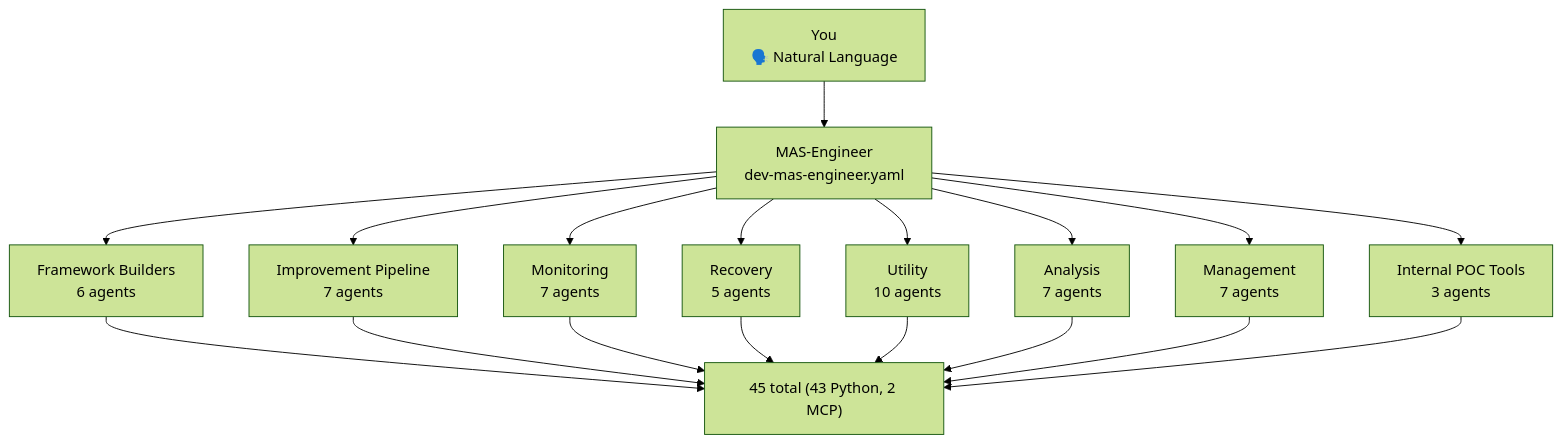
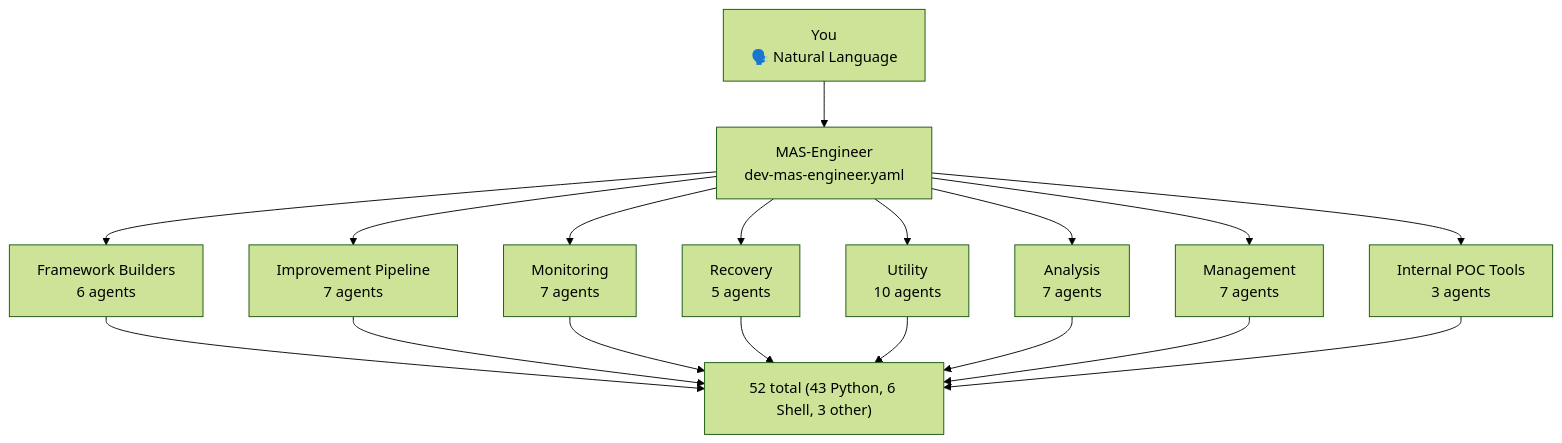
One commit to mczardybon/mas-engineer changed the second of 6 diagrams in README.md. Above: the diagram before and after it, drawn with Mermaid (forest theme). The commit also changed other lines of this file and 13 other files, not shown here.

````diff
--- a/README.md
+++ b/README.md
@@ -252,13 +252,13 @@
 ```mermaid
 flowchart TD
     YOU["You\n🗣️ Natural Language"] --> ENGINEER["MAS-Engineer\ndev-mas-engineer.yaml"]
     ENGINEER --> FB["Framework Builders\n6 agents"]
     ENGINEER --> IP["Improvement Pipeline\n7 agents"]
     ENGINEER --> MON["Monitoring\n7 agents"]
     ENGINEER --> REC["Recovery\n5 agents"]
     ENGINEER --> UT["Utility\n10 agents"]
     ENGINEER --> AN["Analysis\n7 agents"]
     ENGINEER --> MG["Management\n7 agents"]
     ENGINEER --> POC["Internal POC Tools\n3 agents"]
-    FB & IP & MON & REC & UT & AN & MG & POC --> TOOLS["45 total (43 Python, 2 MCP)"]
+    FB & IP & MON & REC & UT & AN & MG & POC --> TOOLS["52 total (43 Python, 6 Shell, 3 other)"]
 ```
````
